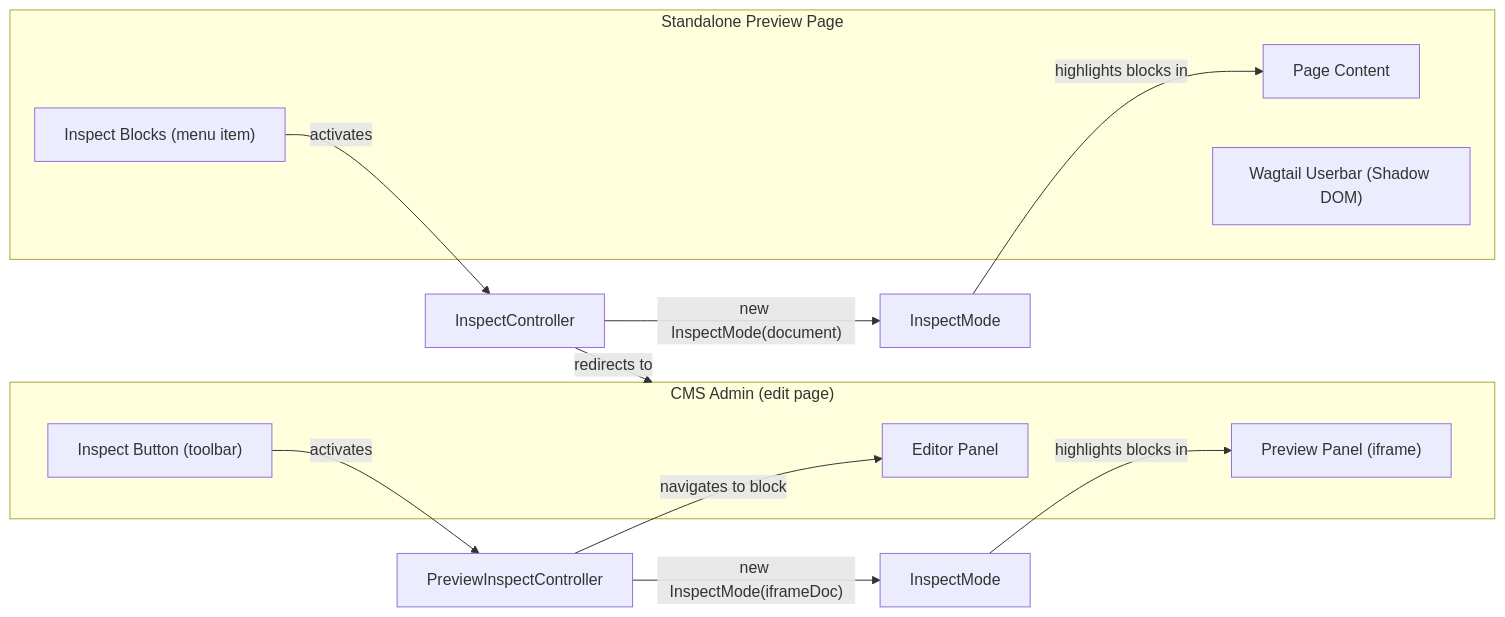
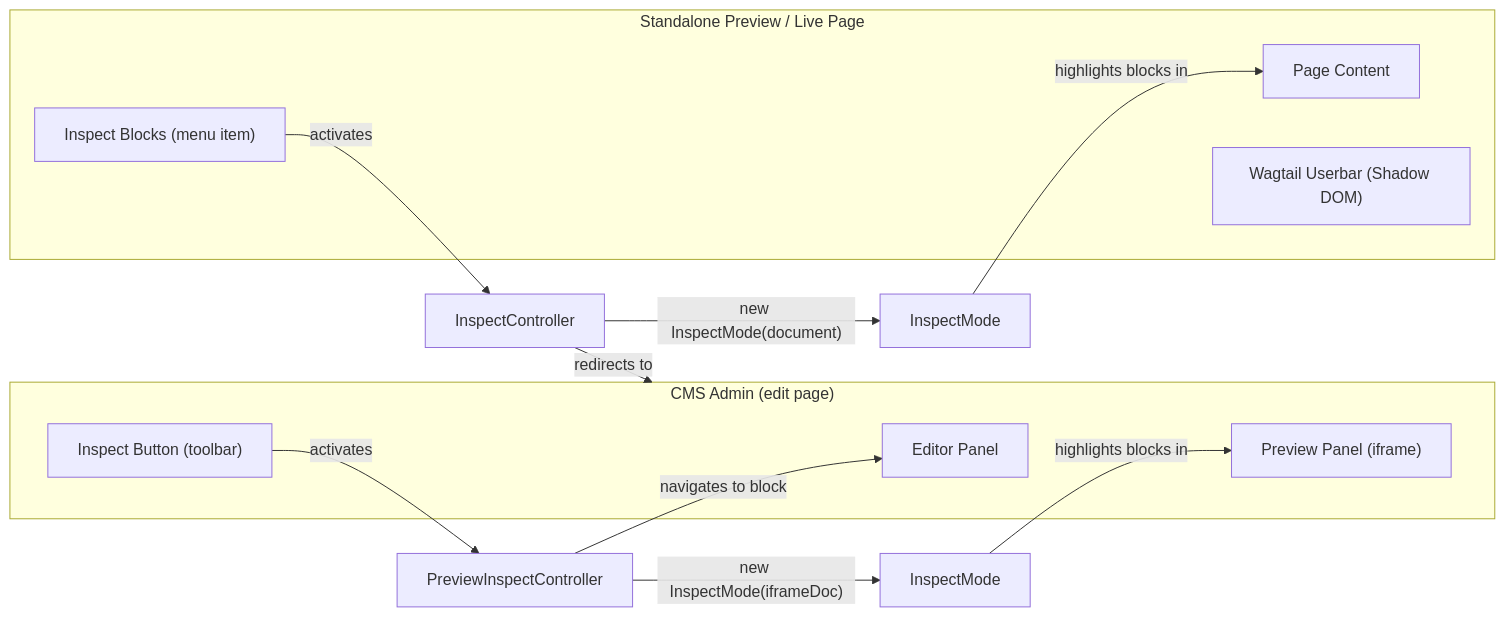
The second of 7 diagrams in docs/architecture.md (lincolnloop/wagtail-inspect), drawn with Mermaid before and after one commit. The commit also changed other lines of this file and 10 other files, not shown here.

````diff
--- a/docs/architecture.md
+++ b/docs/architecture.md
@@ -96,24 +101,24 @@
 ```mermaid
 graph LR
   subgraph cmsAdmin ["CMS Admin (edit page)"]
     EditorPanel["Editor Panel"]
     PreviewPanel["Preview Panel (iframe)"]
     ToolbarButton["Inspect Button (toolbar)"]
   end
 
-  subgraph standalonePrev ["Standalone Preview Page"]
+  subgraph standalonePrev ["Standalone Preview / Live Page"]
     PageContent["Page Content"]
     Userbar["Wagtail Userbar (Shadow DOM)"]
     UserbarButton["Inspect Blocks (menu item)"]
   end
 
   ToolbarButton -->|"activates"| PreviewInspectController
   PreviewInspectController -->|"new InspectMode(iframeDoc)"| InspectMode
   InspectMode -->|"highlights blocks in"| PreviewPanel
   PreviewInspectController -->|"navigates to block"| EditorPanel
 
   UserbarButton -->|"activates"| InspectController
   InspectController -->|"new InspectMode(document)"| InspectMode2["InspectMode"]
   InspectMode2 -->|"highlights blocks in"| PageContent
   InspectController -->|"redirects to"| cmsAdmin
 ```
````
